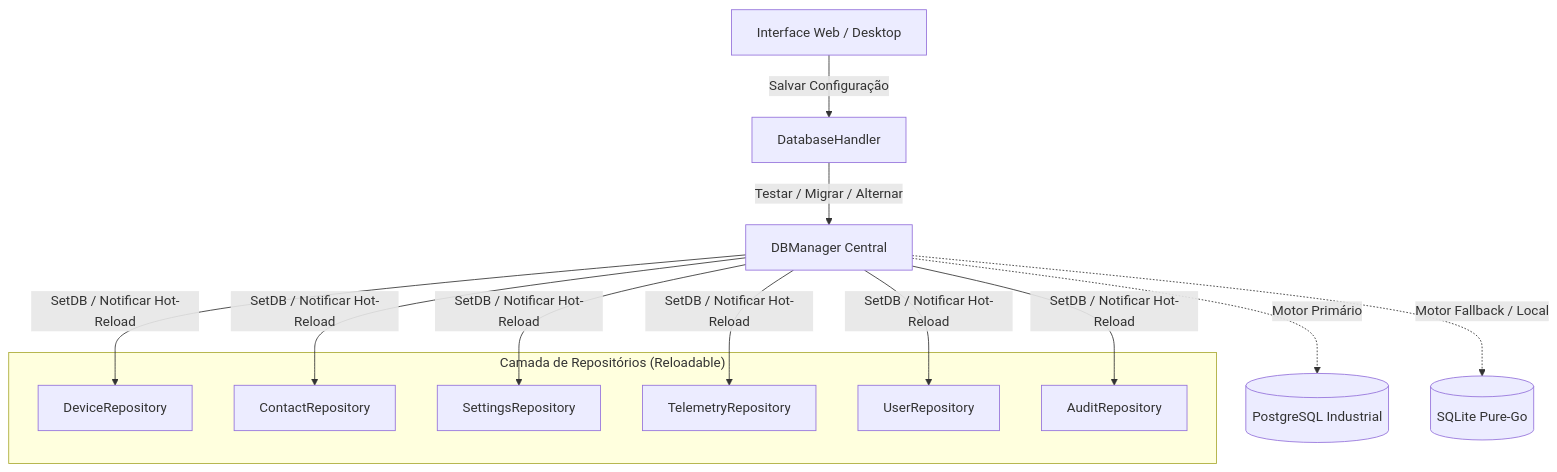
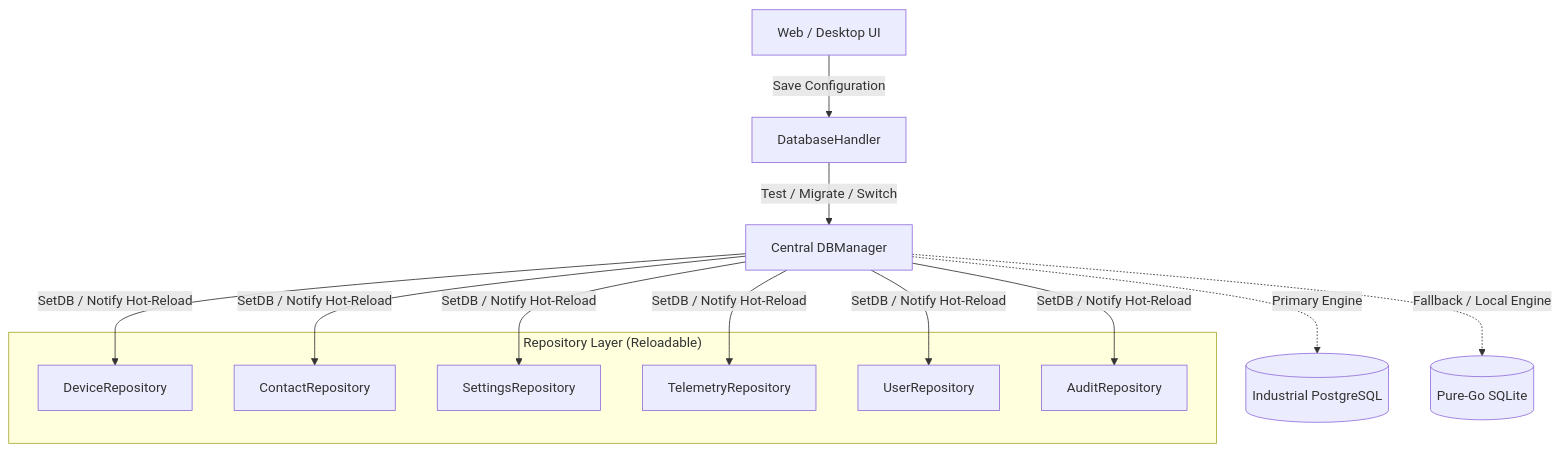
The first of 2 diagrams in docs/DATABASE.md (Noxfort-Systems-Brazil/Monitor), drawn with Mermaid before and after one commit. The commit also changed other lines of this file and 13 other files, not shown here.

````diff
--- a/docs/DATABASE.md
+++ b/docs/DATABASE.md
@@ -15,24 +15,24 @@
 ```mermaid
 graph TD
-    UI[Interface Web / Desktop] -->|Salvar Configuração| DBHandler[DatabaseHandler]
-    DBHandler -->|Testar / Migrar / Alternar| DBManager[DBManager Central]
+    UI[Web / Desktop UI] -->|Save Configuration| DBHandler[DatabaseHandler]
+    DBHandler -->|Test / Migrate / Switch| DBManager[Central DBManager]
     
-    subgraph "Camada de Repositórios (Reloadable)"
+    subgraph "Repository Layer (Reloadable)"
         DeviceRepo[DeviceRepository]
         ContactRepo[ContactRepository]
         SettingsRepo[SettingsRepository]
         TelemetryRepo[TelemetryRepository]
         UserRepo[UserRepository]
         AuditRepo[AuditRepository]
     end
     
-    DBManager -->|SetDB / Notificar Hot-Reload| DeviceRepo
-    DBManager -->|SetDB / Notificar Hot-Reload| ContactRepo
-    DBManager -->|SetDB / Notificar Hot-Reload| SettingsRepo
-    DBManager -->|SetDB / Notificar Hot-Reload| TelemetryRepo
-    DBManager -->|SetDB / Notificar Hot-Reload| UserRepo
-    DBManager -->|SetDB / Notificar Hot-Reload| AuditRepo
+    DBManager -->|SetDB / Notify Hot-Reload| DeviceRepo
+    DBManager -->|SetDB / Notify Hot-Reload| ContactRepo
+    DBManager -->|SetDB / Notify Hot-Reload| SettingsRepo
+    DBManager -->|SetDB / Notify Hot-Reload| TelemetryRepo
+    DBManager -->|SetDB / Notify Hot-Reload| UserRepo
+    DBManager -->|SetDB / Notify Hot-Reload| AuditRepo
 
-    DBManager -.->|Motor Primário| PG[(PostgreSQL Industrial)]
-    DBManager -.->|Motor Fallback / Local| SQLite[(SQLite Pure-Go)]
+    DBManager -.->|Primary Engine| PG[(Industrial PostgreSQL)]
+    DBManager -.->|Fallback / Local Engine| SQLite[(Pure-Go SQLite)]
 ```
````
